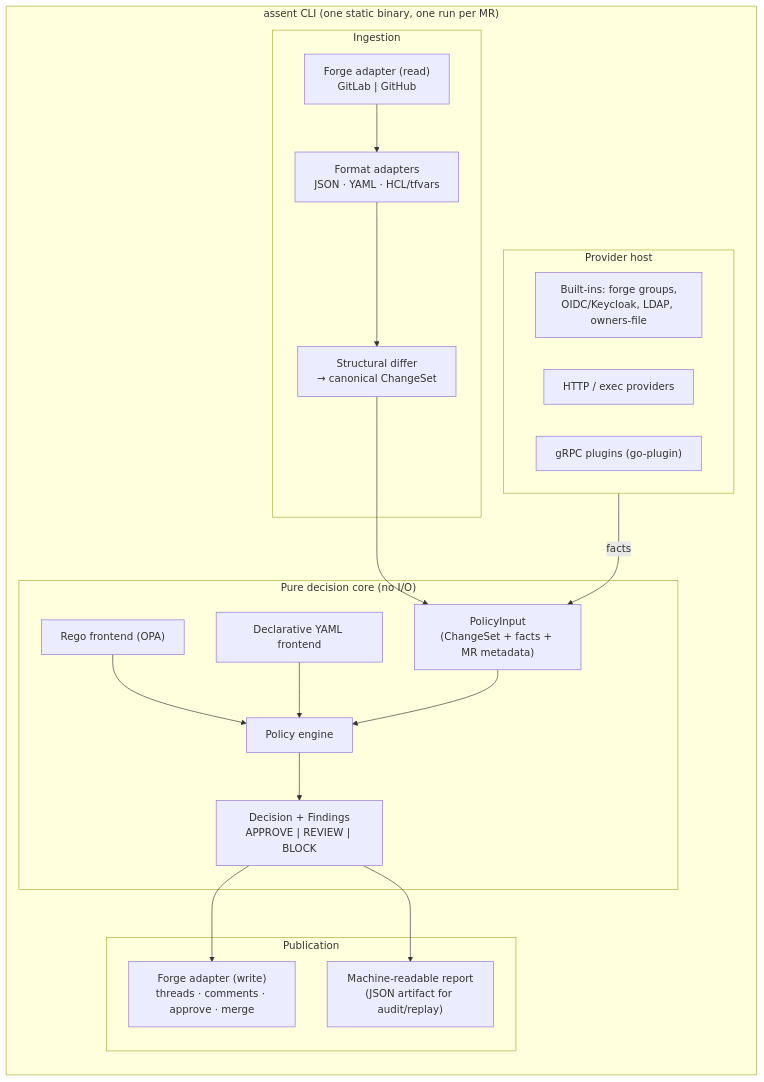
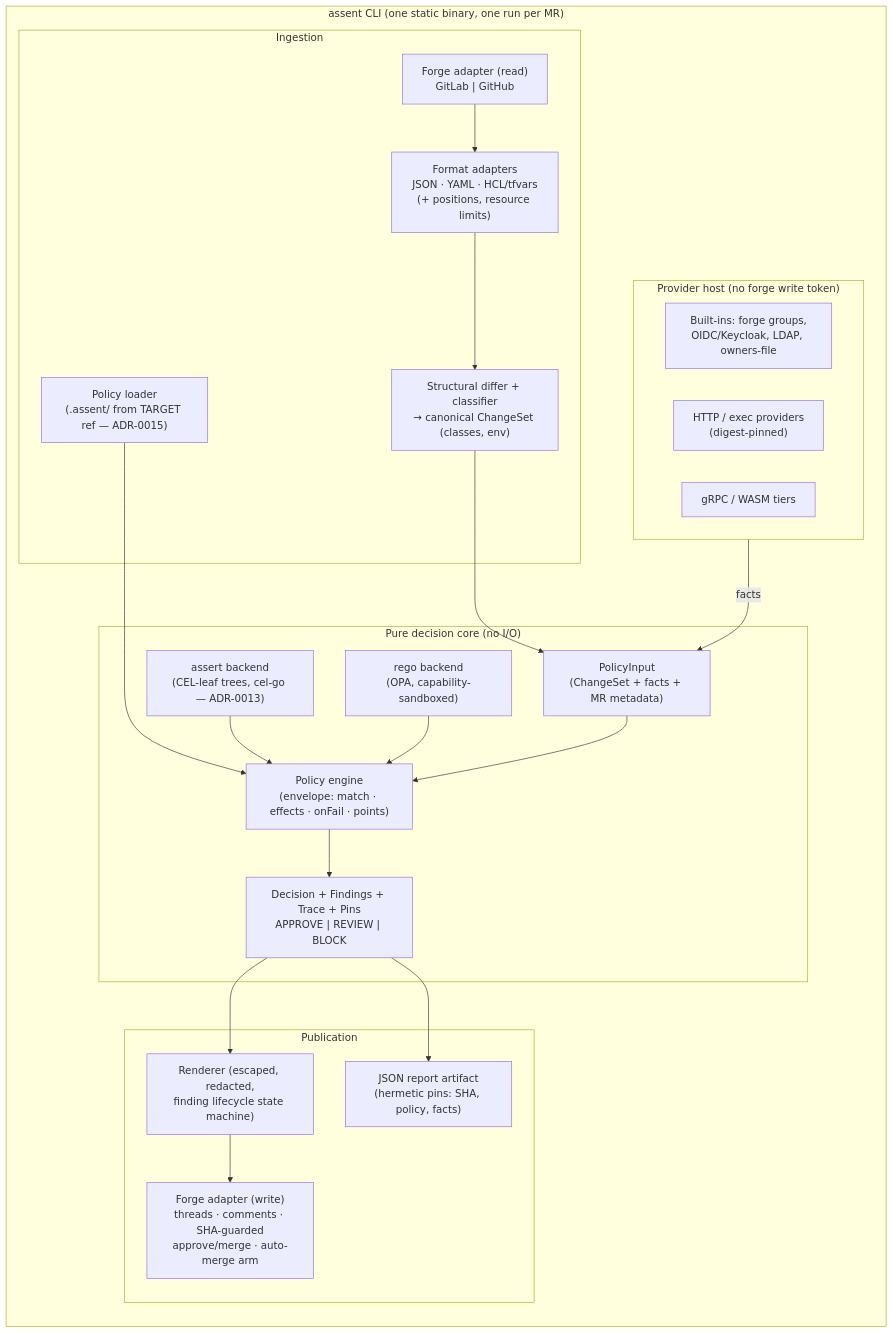
The diagram in docs/architecture/c4-container.md (PlatformRelay/assent), drawn with Mermaid before and after one commit. The commit also changed other lines of this file and 2 other files, not shown here.

Commit message:
:broom: docs: fix spec drift — openspec context, examples README, C4 to envelope+CEL architecture (P2-8)

````diff
--- a/docs/architecture/c4-container.md
+++ b/docs/architecture/c4-container.md
@@ -5,36 +5,38 @@
 ```mermaid
 flowchart LR
     subgraph cli["assent CLI (one static binary, one run per MR)"]
         direction TB
-        subgraph inbound["Ingestion"
-            ]
+        subgraph inbound["Ingestion"]
             forgeIn["Forge adapter (read)\nGitLab | GitHub"]
-            parsers["Format adapters\nJSON · YAML · HCL/tfvars"]
-            differ["Structural differ\n→ canonical ChangeSet"]
+            policyLoad["Policy loader\n(.assent/ from TARGET ref — ADR-0015)"]
+            parsers["Format adapters\nJSON · YAML · HCL/tfvars\n(+ positions, resource limits)"]
+            differ["Structural differ + classifier\n→ canonical ChangeSet (classes, env)"]
         end
         subgraph core["Pure decision core (no I/O)"]
             input["PolicyInput\n(ChangeSet + facts + MR metadata)"]
-            engine["Policy engine"]
-            rego["Rego frontend (OPA)"]
-            yamlf["Declarative YAML frontend"]
-            decision["Decision + Findings\nAPPROVE | REVIEW | BLOCK"]
+            engine["Policy engine\n(envelope: match · effects · onFail · points)"]
+            assertB["assert backend\n(CEL-leaf trees, cel-go — ADR-0013)"]
+            regoB["rego backend\n(OPA, capability-sandboxed)"]
+            decision["Decision + Findings + Trace + Pins\nAPPROVE | REVIEW | BLOCK"]
         end
-        subgraph providers["Provider host"]
+        subgraph providers["Provider host (no forge write token)"]
             builtin["Built-ins: forge groups,\nOIDC/Keycloak, LDAP, owners-file"]
-            httpexec["HTTP / exec providers"]
-            grpc["gRPC plugins (go-plugin)"]
+            httpexec["HTTP / exec providers\n(digest-pinned)"]
+            grpc["gRPC / WASM tiers"]
         end
         subgraph outbound["Publication"]
-            forgeOut["Forge adapter (write)\nthreads · comments · approve · merge"]
-            report["Machine-readable report\n(JSON artifact for audit/replay)"]
+            renderer["Renderer (escaped, redacted,\nfinding lifecycle state machine)"]
+            forgeOut["Forge adapter (write)\nthreads · comments · SHA-guarded\napprove/merge · auto-merge arm"]
+            report["JSON report artifact\n(hermetic pins: SHA, policy, facts)"]
         end
     end
 
     forgeIn --> parsers --> differ --> input
+    policyLoad --> engine
     providers -- facts --> input
-    rego --> engine
-    yamlf --> engine
+    assertB --> engine
+    regoB --> engine
     input --> engine --> decision
-    decision --> forgeOut
+    decision --> renderer --> forgeOut
     decision --> report
 ```
````
